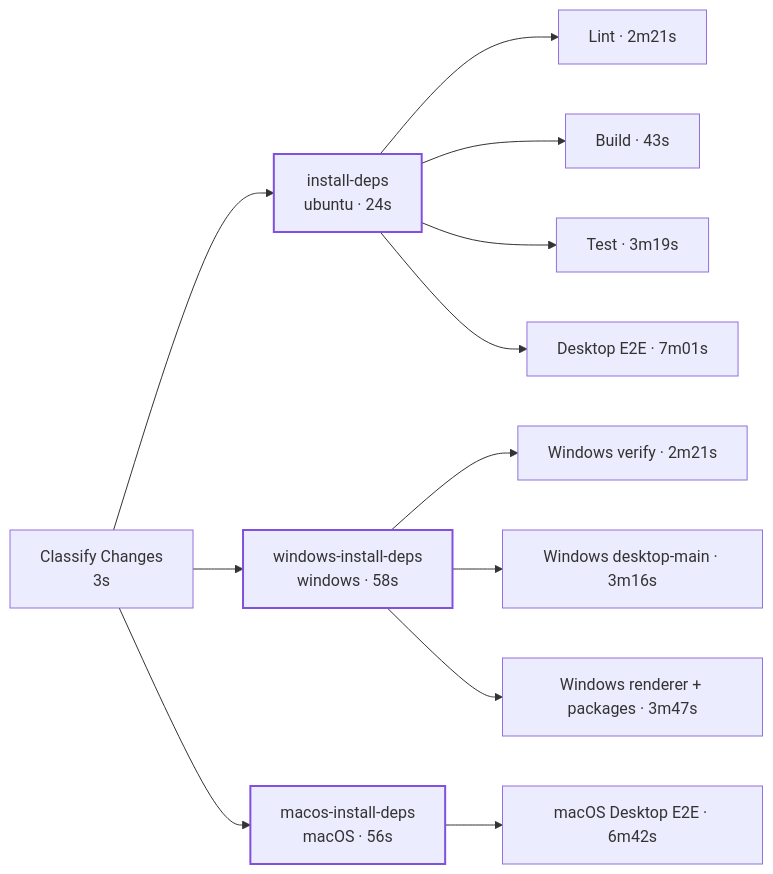
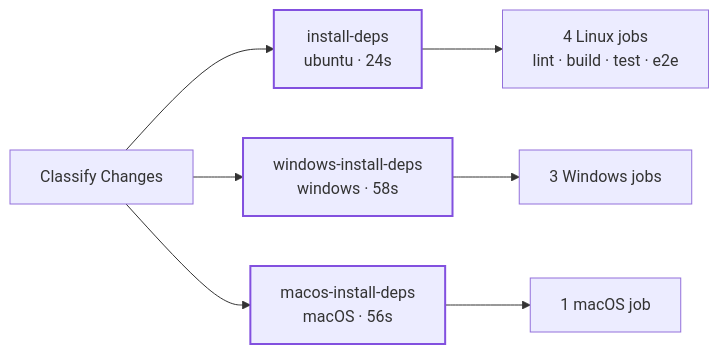
The diagram in README.md (pwrdrvr/configure-nodejs), drawn with Mermaid before and after one commit. The commit also changed other lines of this file, not shown here.

````diff
--- a/README.md
+++ b/README.md
@@ -176,35 +138,15 @@
 ```mermaid
 flowchart LR
-  C["Classify Changes<br/>3s"]
-
+  C["Classify Changes"]
   L["install-deps<br/>ubuntu · 24s"]
   W["windows-install-deps<br/>windows · 58s"]
   M["macos-install-deps<br/>macOS · 56s"]
-
-  Lint["Lint · 2m21s"]
-  Build["Build · 43s"]
-  Test["Test · 3m19s"]
-  E2E["Desktop E2E · 7m01s"]
-  WV["Windows verify · 2m21s"]
-  WM["Windows desktop-main · 3m16s"]
-  WR["Windows renderer + packages · 3m47s"]
-  ME["macOS Desktop E2E · 6m42s"]
-
-  C --> L
-  C --> W
-  C --> M
-
-  L --> Lint
-  L --> Build
-  L --> Test
-  L --> E2E
-
-  W --> WV
-  W --> WM
-  W --> WR
-
-  M --> ME
-
+  LC["4 Linux jobs<br/>lint · build · test · e2e"]
+  WC["3 Windows jobs"]
+  MC["1 macOS job"]
+  C --> L --> LC
+  C --> W --> WC
+  C --> M --> MC
   classDef gate stroke:#8250df,stroke-width:2px
   class L,W,M gate
 ```
````
